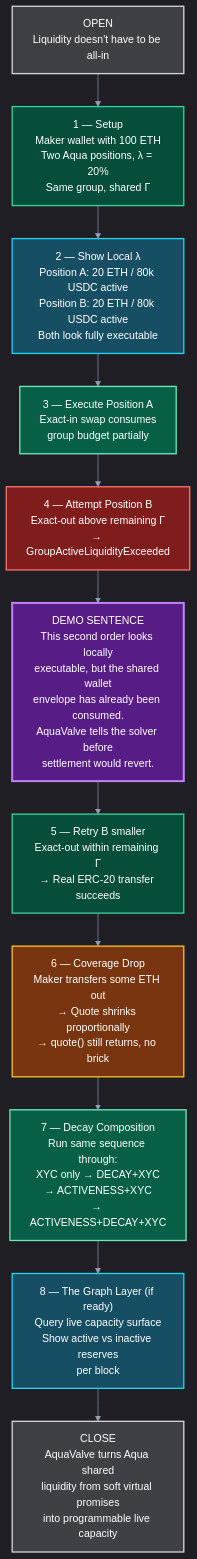
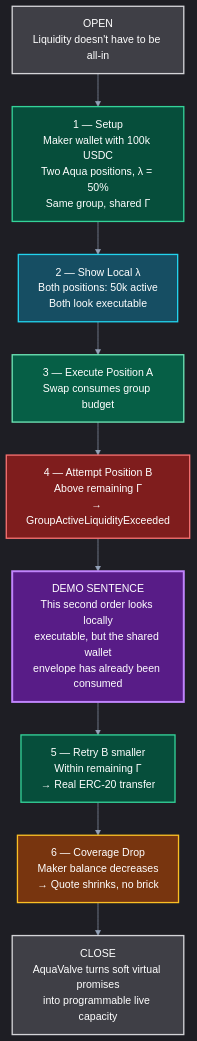
Before and after one commit to angelphoon7/online2026: the diagram in docs/diagrams/06_demo_flow.mmd, drawn with Mermaid. The commit also changed 32 other files, not shown here.

```diff
--- a/docs/diagrams/06_demo_flow.mmd
+++ b/docs/diagrams/06_demo_flow.mmd
@@ -1,44 +1,39 @@
 %%{init: {
   "theme": "dark",
   "themeVariables": {
     "background": "#0b0f14",
     "primaryColor": "#1f2937",
     "primaryTextColor": "#f8fafc",
     "primaryBorderColor": "#64748b",
     "lineColor": "#94a3b8",
     "secondaryColor": "#111827",
     "tertiaryColor": "#0f172a",
     "fontFamily": "Inter, ui-sans-serif, system-ui, sans-serif"
   }
 }}%%
 flowchart TD
     OPEN["OPEN<br/>Liquidity doesn't have to be all-in"]:::user
 
-    OPEN --> SETUP["1 — Setup<br/>Maker wallet with 100 ETH<br/>Two Aqua positions, λ = 20%<br/>Same group, shared Γ"]:::core
+    OPEN --> SETUP["1 — Setup<br/>Maker wallet with 100k USDC<br/>Two Aqua positions, λ = 50%<br/>Same group, shared Γ"]:::core
 
-    SETUP --> SHOW_LOCAL["2 — Show Local λ<br/>Position A: 20 ETH / 80k USDC active<br/>Position B: 20 ETH / 80k USDC active<br/>Both look fully executable"]:::data
+    SETUP --> SHOW["2 — Show Local λ<br/>Both positions: 50k active<br/>Both look executable"]:::data
 
-    SHOW_LOCAL --> EXEC_A["3 — Execute Position A<br/>Exact-in swap consumes<br/>group budget partially"]:::swapvm
+    SHOW --> EXEC_A["3 — Execute Position A<br/>Swap consumes group budget"]:::swapvm
 
-    EXEC_A --> ATTEMPT_B["4 — Attempt Position B<br/>Exact-out above remaining Γ<br/>→ GroupActiveLiquidityExceeded"]:::risk
+    EXEC_A --> ATTEMPT_B["4 — Attempt Position B<br/>Above remaining Γ<br/>→ GroupActiveLiquidityExceeded"]:::risk
 
-    ATTEMPT_B --> PUNCHLINE["DEMO SENTENCE<br/>This second order looks locally<br/>executable, but the shared wallet<br/>envelope has already been consumed.<br/>AquaValve tells the solver before<br/>settlement would revert."]:::highlight
+    ATTEMPT_B --> PUNCHLINE["DEMO SENTENCE<br/>This second order looks locally<br/>executable, but the shared wallet<br/>envelope has already been consumed"]:::highlight
 
-    PUNCHLINE --> RETRY["5 — Retry B smaller<br/>Exact-out within remaining Γ<br/>→ Real ERC-20 transfer succeeds"]:::core
+    PUNCHLINE --> RETRY["5 — Retry B smaller<br/>Within remaining Γ<br/>→ Real ERC-20 transfer"]:::core
 
-    RETRY --> COV_DROP["6 — Coverage Drop<br/>Maker transfers some ETH out<br/>→ Quote shrinks proportionally<br/>→ quote() still returns, no brick"]:::warn
+    RETRY --> COV_DROP["6 — Coverage Drop<br/>Maker balance decreases<br/>→ Quote shrinks, no brick"]:::warn
 
-    COV_DROP --> DECAY_COMP["7 — Decay Composition<br/>Run same sequence through:<br/>XYC only → DECAY+XYC<br/>→ ACTIVENESS+XYC<br/>→ ACTIVENESS+DECAY+XYC"]:::swapvm
+    COV_DROP --> CLOSE["CLOSE<br/>AquaValve turns soft virtual promises<br/>into programmable live capacity"]:::user
 
-    DECAY_COMP --> GRAPH_LAYER["8 — The Graph Layer (if ready)<br/>Query live capacity surface<br/>Show active vs inactive reserves<br/>per block"]:::data
-
-    GRAPH_LAYER --> CLOSE["CLOSE<br/>AquaValve turns Aqua shared<br/>liquidity from soft virtual promises<br/>into programmable live capacity"]:::user
-
-    classDef sponsor fill:#312e81,stroke:#818cf8,color:#ffffff,stroke-width:2px;
     classDef core fill:#064e3b,stroke:#34d399,color:#ffffff,stroke-width:2px;
     classDef swapvm fill:#065f46,stroke:#6ee7b7,color:#ffffff,stroke-width:2px;
     classDef risk fill:#7f1d1d,stroke:#f87171,color:#ffffff,stroke-width:2px;
     classDef data fill:#164e63,stroke:#22d3ee,color:#ffffff,stroke-width:2px;
     classDef user fill:#3f3f46,stroke:#d4d4d8,color:#ffffff,stroke-width:2px;
     classDef warn fill:#78350f,stroke:#fbbf24,color:#ffffff,stroke-width:2px;
     classDef highlight fill:#581c87,stroke:#c084fc,color:#ffffff,stroke-width:3px;
```
